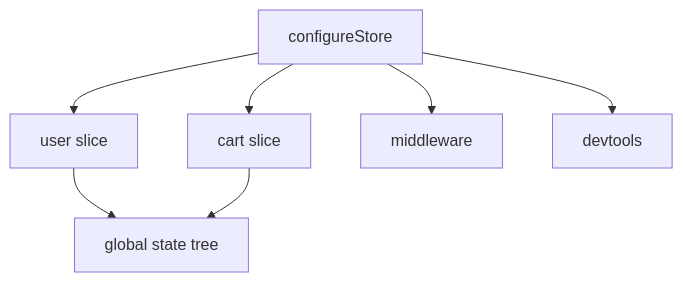
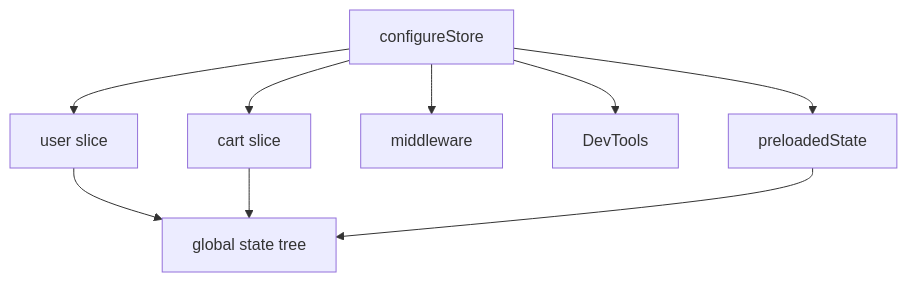
The diagram in tutorial-platform/public/tutorials/react/day-052-store-configuration.md (kaushalkumar8459/CodingTerminal-Tutorial-Notes), drawn with Mermaid before and after one commit. The commit also changed other lines of this file, not shown here.

Commit message:
Enhance Day 52 Redux store configuration without changing structure

````diff
--- a/tutorial-platform/public/tutorials/react/day-052-store-configuration.md
+++ b/tutorial-platform/public/tutorials/react/day-052-store-configuration.md
@@ -179,9 +287,11 @@
 ```mermaid
 flowchart TD
-		A[configureStore] --> B[user slice]
-		A --> C[cart slice]
-		A --> D[middleware]
-		A --> E[devtools]
-		B --> F[global state tree]
-		C --> F
+    A[configureStore] --> B[user slice]
+    A --> C[cart slice]
+    A --> D[middleware]
+    A --> E[DevTools]
+    A --> F[preloadedState]
+    B --> G[global state tree]
+    C --> G
+    F --> G
 ```
````
